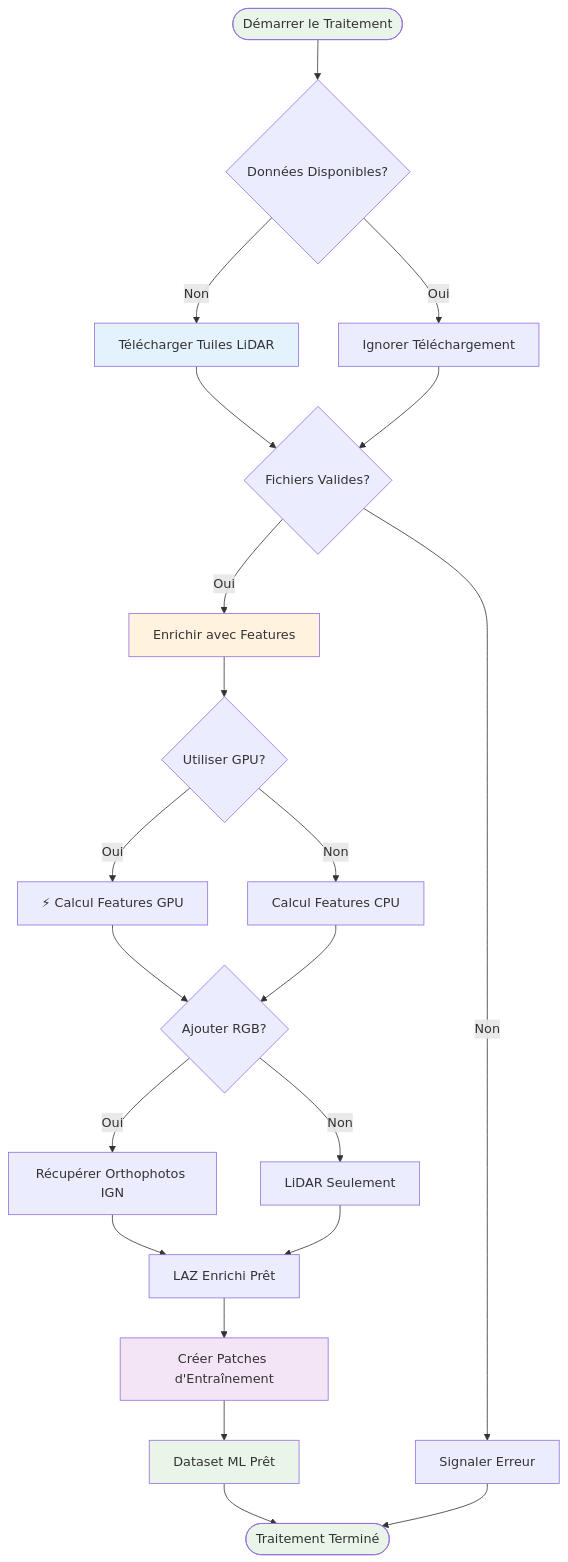
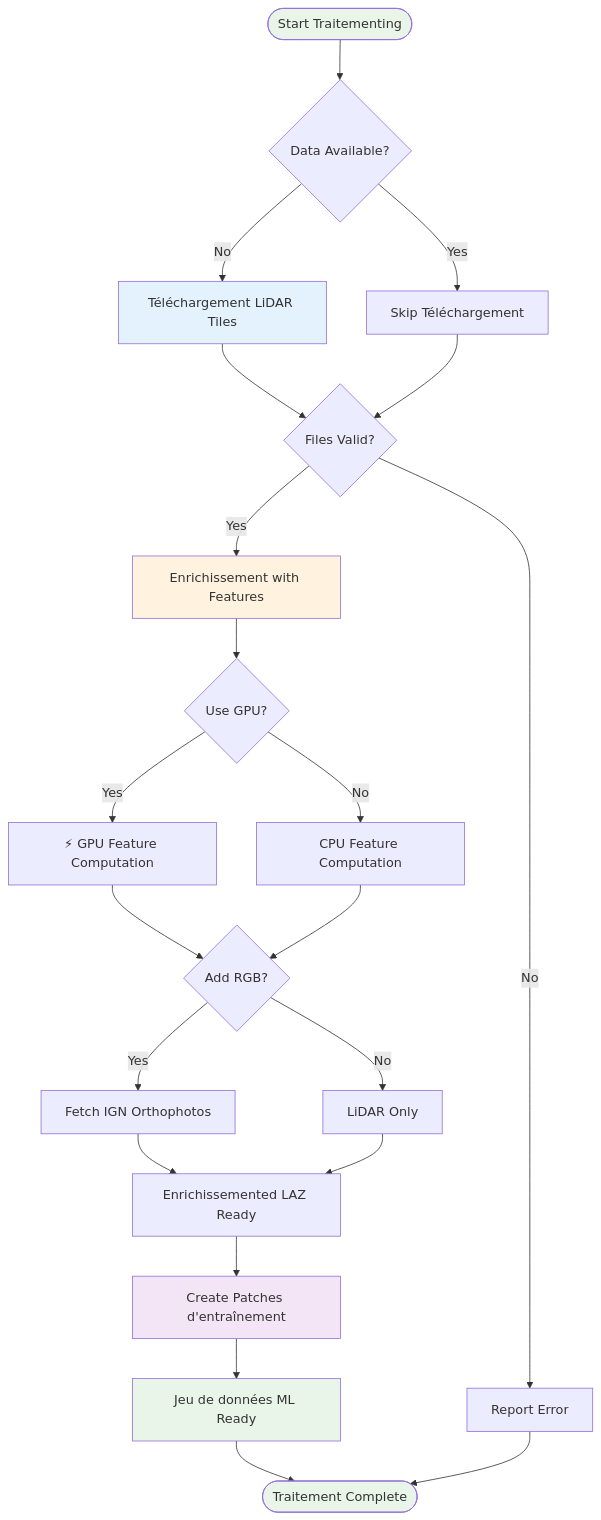
One commit to sducournau/IGN_LIDAR_HD_DATASET changed the first of 3 diagrams in website/i18n/fr/docusaurus-plugin-content-docs/current/reference/workflow-diagrams.md. Above: the diagram before and after it, drawn with Mermaid. The commit also changed other lines of this file and 42 other files, not shown here.

````diff
--- a/website/i18n/fr/docusaurus-plugin-content-docs/current/reference/workflow-diagrams.md
+++ b/website/i18n/fr/docusaurus-plugin-content-docs/current/reference/workflow-diagrams.md
@@ -13,37 +13,37 @@
 ```mermaid
 flowchart TD
-    Start([Démarrer le Traitement]) --> Check{Données Disponibles?}
-    Check -->|Non| Download[Télécharger Tuiles LiDAR]
-    Check -->|Oui| Skip1[Ignorer Téléchargement]
+    Start([Start Traitementing]) --> Check{Data Available?}
+    Check -->|No| Téléchargement[Téléchargement LiDAR Tiles]
+    Check -->|Yes| Skip1[Skip Téléchargement]
 
-    Download --> Validate{Fichiers Valides?}
+    Téléchargement --> Validate{Files Valid?}
     Skip1 --> Validate
-    Validate -->|Non| Error1[Signaler Erreur]
-    Validate -->|Oui| Enrich[Enrichir avec Features]
+    Validate -->|No| Error1[Report Error]
+    Validate -->|Yes| Enrichissement[Enrichissement with Features]
 
-    Enrich --> GPU{Utiliser GPU?}
-    GPU -->|Oui| GPU_Process[⚡ Calcul Features GPU]
-    GPU -->|Non| CPU_Process[Calcul Features CPU]
+    Enrichissement --> GPU{Use GPU?}
+    GPU -->|Yes| GPU_Traitement[⚡ GPU Feature Computation]
+    GPU -->|No| CPU_Traitement[CPU Feature Computation]
 
-    GPU_Process --> RGB{Ajouter RGB?}
-    CPU_Process --> RGB
+    GPU_Traitement --> RGB{Add RGB?}
+    CPU_Traitement --> RGB
 
-    RGB -->|Oui| FetchRGB[Récupérer Orthophotos IGN]
-    RGB -->|Non| SkipRGB[LiDAR Seulement]
+    RGB -->|Yes| FetchRGB[Fetch IGN Orthophotos]
+    RGB -->|No| SkipRGB[LiDAR Only]
 
-    FetchRGB --> Features[LAZ Enrichi Prêt]
+    FetchRGB --> Features[Enrichissemented LAZ Ready]
     SkipRGB --> Features
 
-    Features --> Process[Créer Patches d'Entraînement]
-    Process --> Output[Dataset ML Prêt]
-    Output --> End([Traitement Terminé])
+    Features --> Traitement[Create Patches d'entraînement]
+    Traitement --> Sortie[Jeu de données ML Ready]
+    Sortie --> End([Traitement Complete])
 
     Error1 --> End
 
     style Start fill:#e8f5e8
     style End fill:#e8f5e8
-    style Download fill:#e3f2fd
-    style Enrich fill:#fff3e0
-    style Process fill:#f3e5f5
-    style Output fill:#e8f5e8
+    style Téléchargement fill:#e3f2fd
+    style Enrichissement fill:#fff3e0
+    style Traitement fill:#f3e5f5
+    style Sortie fill:#e8f5e8
 ```
````
